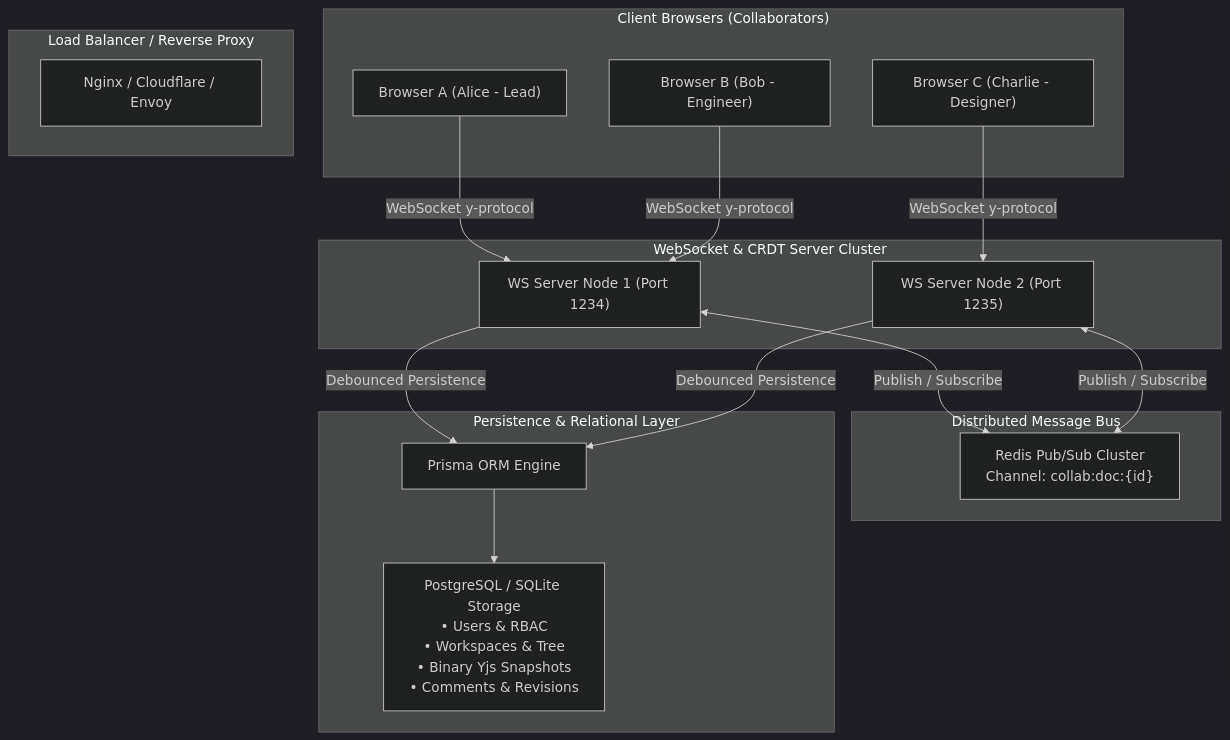
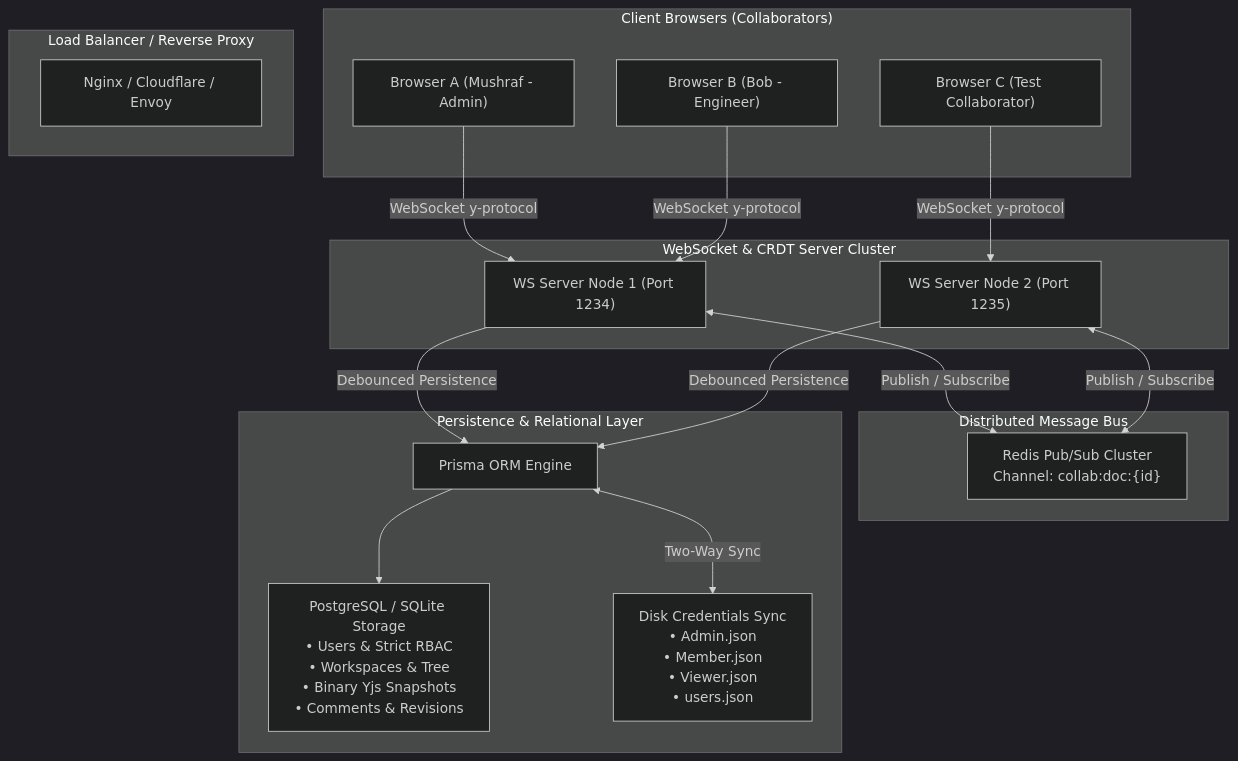
The first of 3 diagrams in ARCHITECTURE.md (Mushraf0105/Real-Time_Collaborative_Workspace_Notion-Figma-Style), drawn with Mermaid (dark theme) before and after one commit. The commit also changed other lines of this file and 7 other files, not shown here.

Commit message:
docs: finalize 4-modality architecture, rbac, credentials sync and clean unused code

````diff
--- a/ARCHITECTURE.md
+++ b/ARCHITECTURE.md
@@ -9,37 +9,39 @@
 ```mermaid
 flowchart TD
     subgraph Clients["Client Browsers (Collaborators)"]
-        ClientA["Browser A (Alice - Lead)"]
+        ClientA["Browser A (Mushraf - Admin)"]
         ClientB["Browser B (Bob - Engineer)"]
-        ClientC["Browser C (Charlie - Designer)"]
+        ClientC["Browser C (Test Collaborator)"]
     end
 
     subgraph Edge["Load Balancer / Reverse Proxy"]
         LB["Nginx / Cloudflare / Envoy"]
     end
 
     subgraph Cluster["WebSocket & CRDT Server Cluster"]
         WS1["WS Server Node 1 (Port 1234)"]
         WS2["WS Server Node 2 (Port 1235)"]
     end
 
     subgraph Bus["Distributed Message Bus"]
         Redis["Redis Pub/Sub Cluster<br/>Channel: collab:doc:{id}"]
     end
 
     subgraph Storage["Persistence & Relational Layer"]
         Prisma["Prisma ORM Engine"]
-        Postgres["PostgreSQL / SQLite Storage<br/>• Users & RBAC<br/>• Workspaces & Tree<br/>• Binary Yjs Snapshots<br/>• Comments & Revisions"]
+        Postgres["PostgreSQL / SQLite Storage<br/>• Users & Strict RBAC<br/>• Workspaces & Tree<br/>• Binary Yjs Snapshots<br/>• Comments & Revisions"]
+        Creds["Disk Credentials Sync<br/>• Admin.json<br/>• Member.json<br/>• Viewer.json<br/>• users.json"]
     end
 
     ClientA -->|WebSocket y-protocol| WS1
     ClientB -->|WebSocket y-protocol| WS1
     ClientC -->|WebSocket y-protocol| WS2
 
     WS1 <-->|Publish / Subscribe| Redis
     WS2 <-->|Publish / Subscribe| Redis
 
     WS1 -->|Debounced Persistence| Prisma
     WS2 -->|Debounced Persistence| Prisma
     Prisma --> Postgres
+    Prisma <-->|Two-Way Sync| Creds
 ```
````
